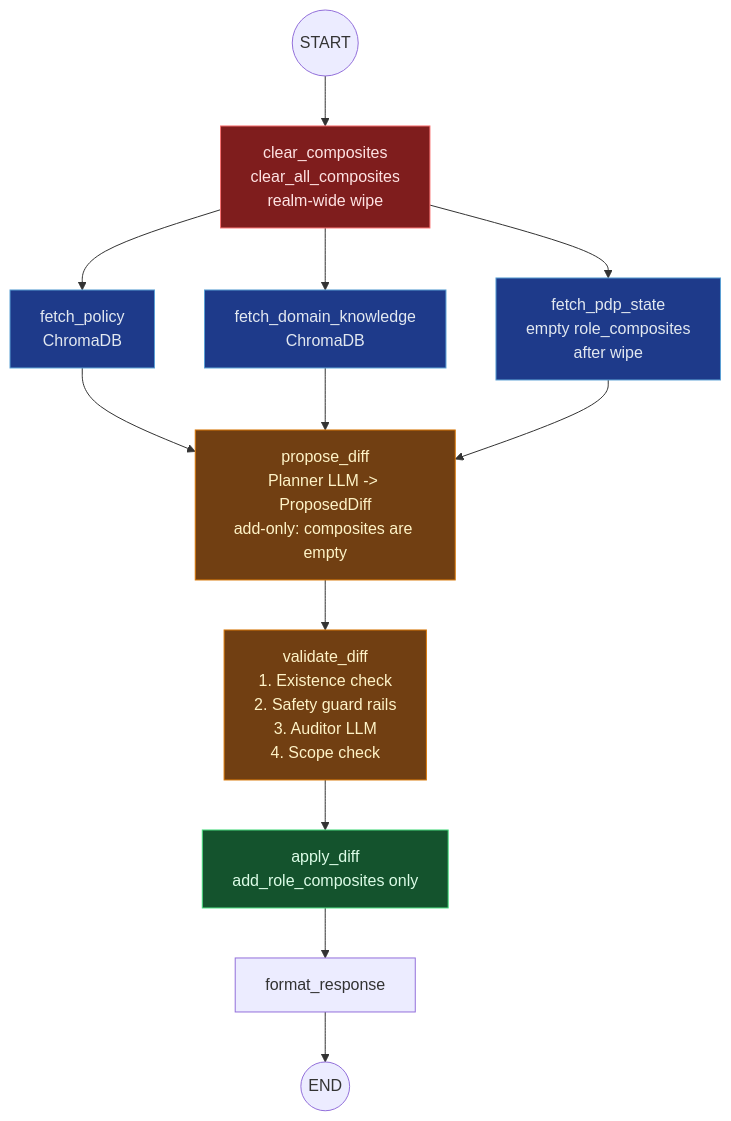
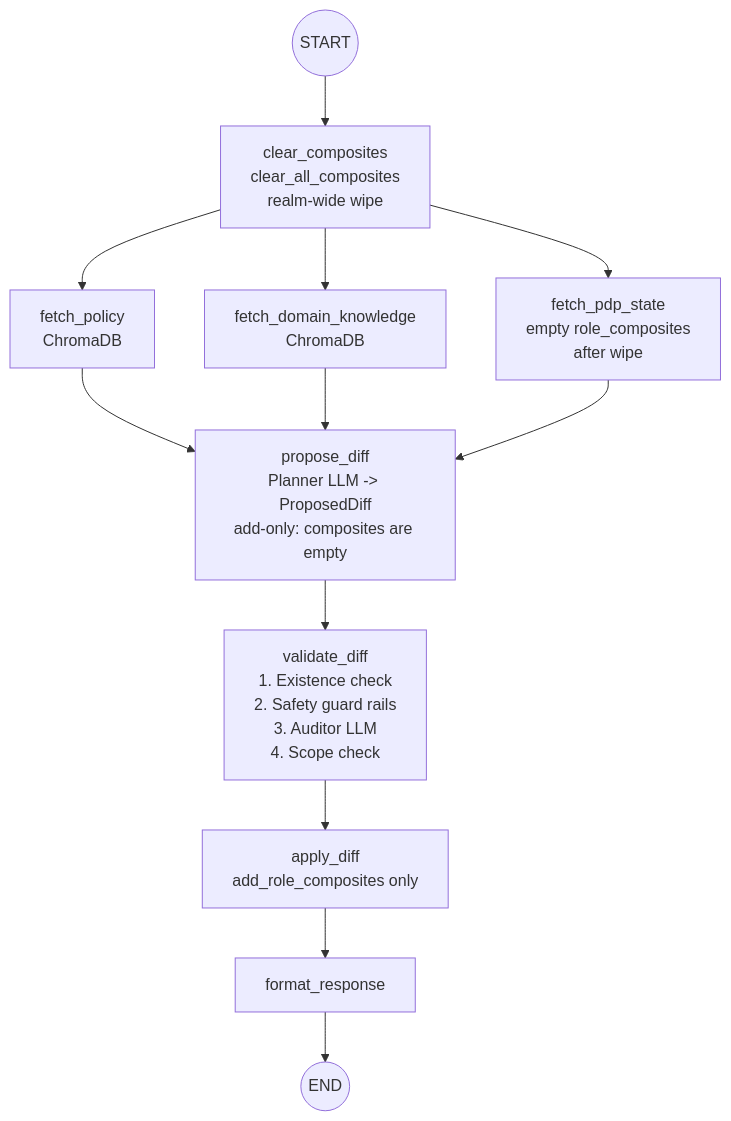
One commit to rossoctl/aiac changed the third of 3 diagrams in inception/requirements/components/aiac-agent/uc2-policy-update.md. Above: the diagram before and after it, drawn with Mermaid. The commit also changed other lines of this file and 3 other files, not shown here.

First line of the commit message:
docs: Remove mermaid element styles from aiac-agent requirement docs

````diff
--- a/inception/requirements/components/aiac-agent/uc2-policy-update.md
+++ b/inception/requirements/components/aiac-agent/uc2-policy-update.md
@@ -130,24 +123,16 @@
 ```mermaid
 flowchart TD
     START(("START")) --> CLEAR["clear_composites\nclear_all_composites\nrealm-wide wipe"]
 
     CLEAR --> FP["fetch_policy\nChromaDB"]
     CLEAR --> FDK["fetch_domain_knowledge\nChromaDB"]
     CLEAR --> FKC["fetch_pdp_state\nempty role_composites\nafter wipe"]
 
     FP & FDK & FKC --> PROPOSE["propose_diff\nPlanner LLM -> ProposedDiff\nadd-only: composites are empty"]
 
     PROPOSE --> VALIDATE["validate_diff\n1. Existence check\n2. Safety guard rails\n3. Auditor LLM\n4. Scope check"]
 
     VALIDATE --> APPLY["apply_diff\nadd_role_composites only"]
     APPLY --> FORMAT["format_response"]
     FORMAT --> END(("END"))
-
-    style CLEAR fill:#7f1d1d,color:#fee2e2,stroke:#f87171
-    style FP fill:#1e3a8a,color:#e2e8f0,stroke:#5a9fd4
-    style FDK fill:#1e3a8a,color:#e2e8f0,stroke:#5a9fd4
-    style FKC fill:#1e3a8a,color:#e2e8f0,stroke:#5a9fd4
-    style PROPOSE fill:#713f12,color:#fef3c7,stroke:#d97706
-    style VALIDATE fill:#713f12,color:#fef3c7,stroke:#d97706
-    style APPLY fill:#14532d,color:#dcfce7,stroke:#4ade80
 ```
````
